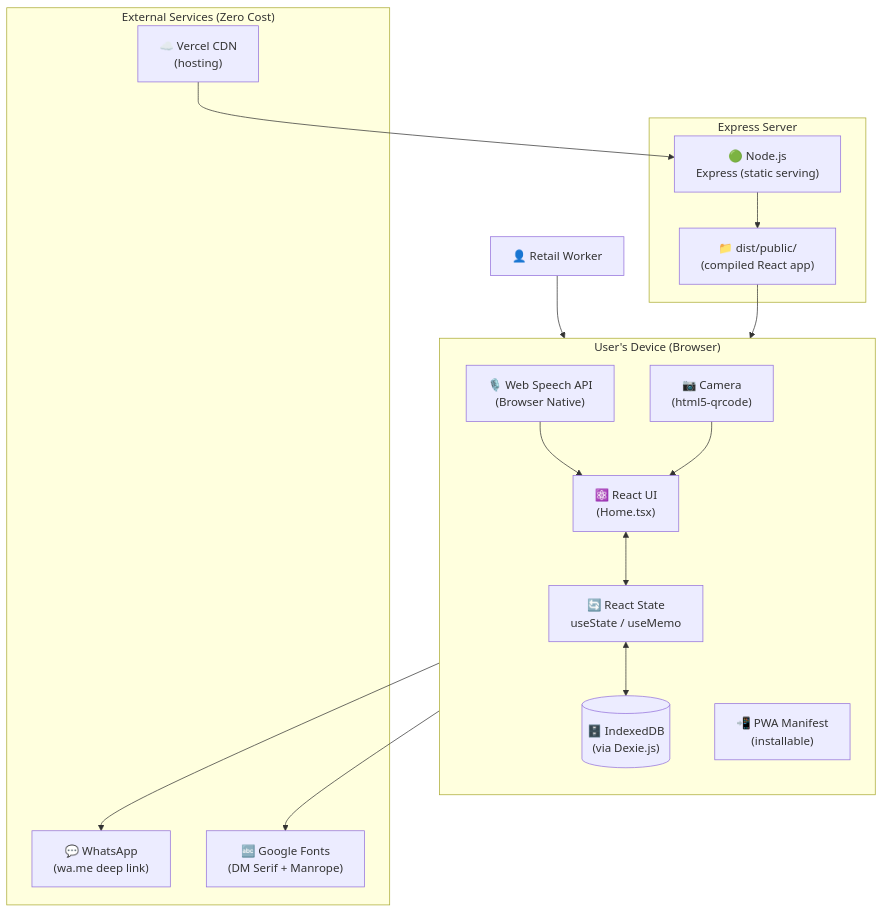
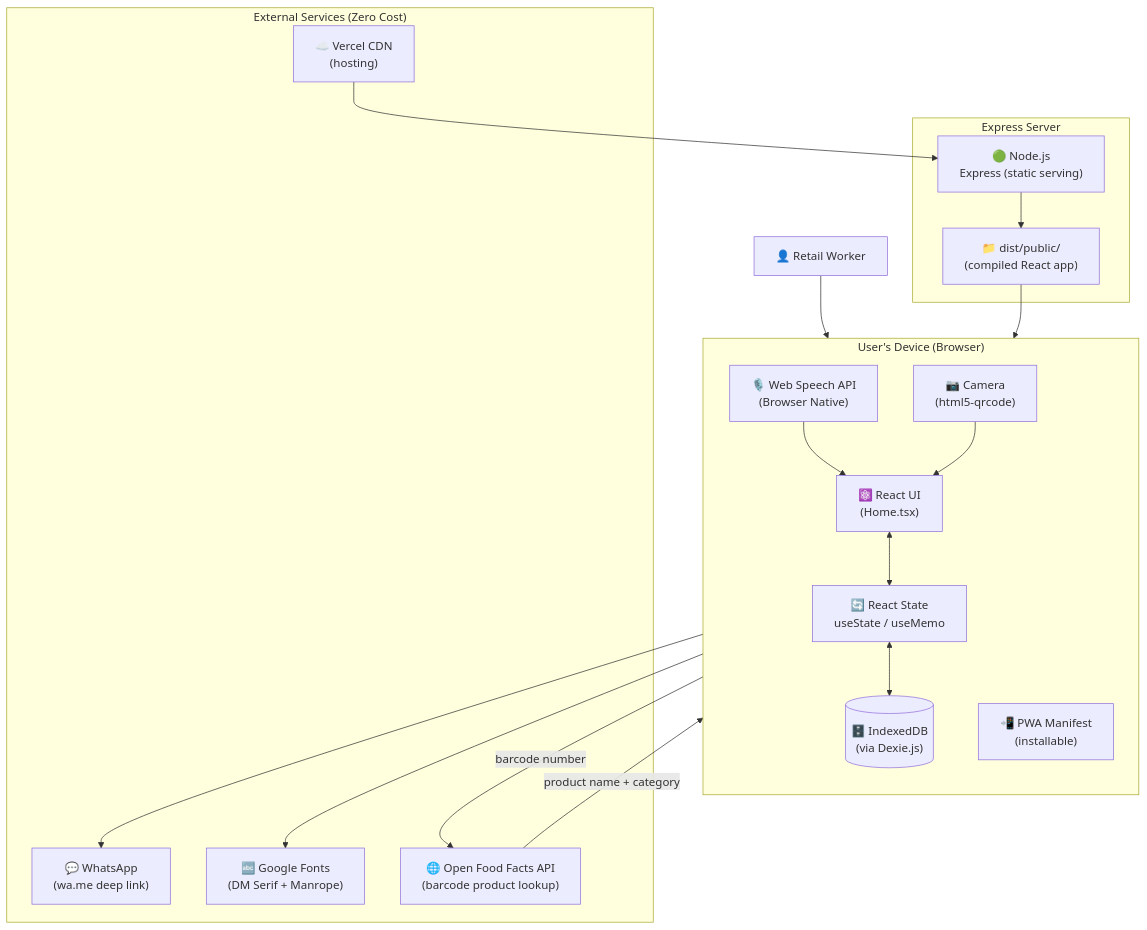
Before and after one commit to TechSavi69/expiery-stock-tracker-shelfmark: the first of 8 diagrams in ARCHITECTURE.md, drawn with Mermaid. The commit also changed other lines of this file and 3 other files, not shown here.

Commit message:
fix: dynamic live date in hero; feat: barcode manual entry + OpenFoodFacts lookup; docs: update README & ARCHITECTURE with new features

````diff
--- a/ARCHITECTURE.md
+++ b/ARCHITECTURE.md
@@ -11,34 +11,37 @@
 ```mermaid
 graph TB
     subgraph "User's Device (Browser)"
         direction TB
         UI["⚛️ React UI\n(Home.tsx)"]
         STATE["🔄 React State\nuseState / useMemo"]
         DB[("🗄️ IndexedDB\n(via Dexie.js)")]
         SPEECH["🎙️ Web Speech API\n(Browser Native)"]
         CAMERA["📷 Camera\n(html5-qrcode)"]
         PWA["📲 PWA Manifest\n(installable)"]
     end
 
     subgraph "Express Server"
         SERVER["🟢 Node.js\nExpress (static serving)"]
         DIST["📁 dist/public/\n(compiled React app)"]
     end
 
     subgraph "External Services (Zero Cost)"
         WHATSAPP["💬 WhatsApp\n(wa.me deep link)"]
         FONTS["🔤 Google Fonts\n(DM Serif + Manrope)"]
         VERCEL["☁️ Vercel CDN\n(hosting)"]
+        OFF["🌐 Open Food Facts API\n(barcode product lookup)"]
     end
 
     USER["👤 Retail Worker"] --> UI
     UI <--> STATE
     STATE <--> DB
     SPEECH --> UI
     CAMERA --> UI
     SERVER --> DIST
     DIST --> UI
     UI --> WHATSAPP
     UI --> FONTS
+    UI -->|"barcode number"| OFF
+    OFF -->|"product name + category"| UI
     VERCEL --> SERVER
 ```
````
